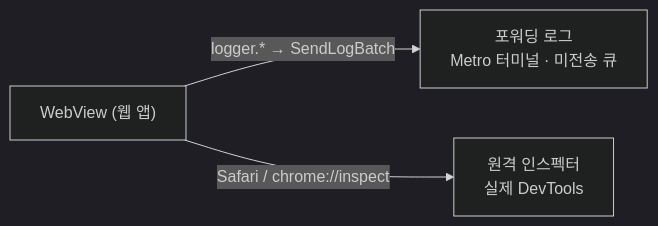
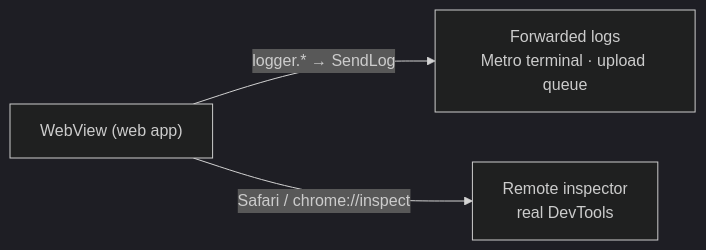
One commit to lemoncloud-io/dou-app changed the diagram in apps/mobile/docs/webview-debugging.md. Above: the diagram before and after it, drawn with Mermaid (dark theme). The commit also changed other lines of this file, not shown here.

````diff
--- a/apps/mobile/docs/webview-debugging.md
+++ b/apps/mobile/docs/webview-debugging.md
@@ -94,6 +96,6 @@
 ```mermaid
 flowchart LR
-    WV["WebView (웹 앱)"]
-    WV -->|"logger.* → SendLogBatch"| Fwd["포워딩 로그<br/>Metro 터미널 · 미전송 큐"]
-    WV -->|"Safari / chrome://inspect"| Insp["원격 인스펙터<br/>실제 DevTools"]
+    WV["WebView (web app)"]
+    WV -->|"logger.* → SendLog"| Fwd["Forwarded logs<br/>Metro terminal · upload queue"]
+    WV -->|"Safari / chrome://inspect"| Insp["Remote inspector<br/>real DevTools"]
 ```
````
